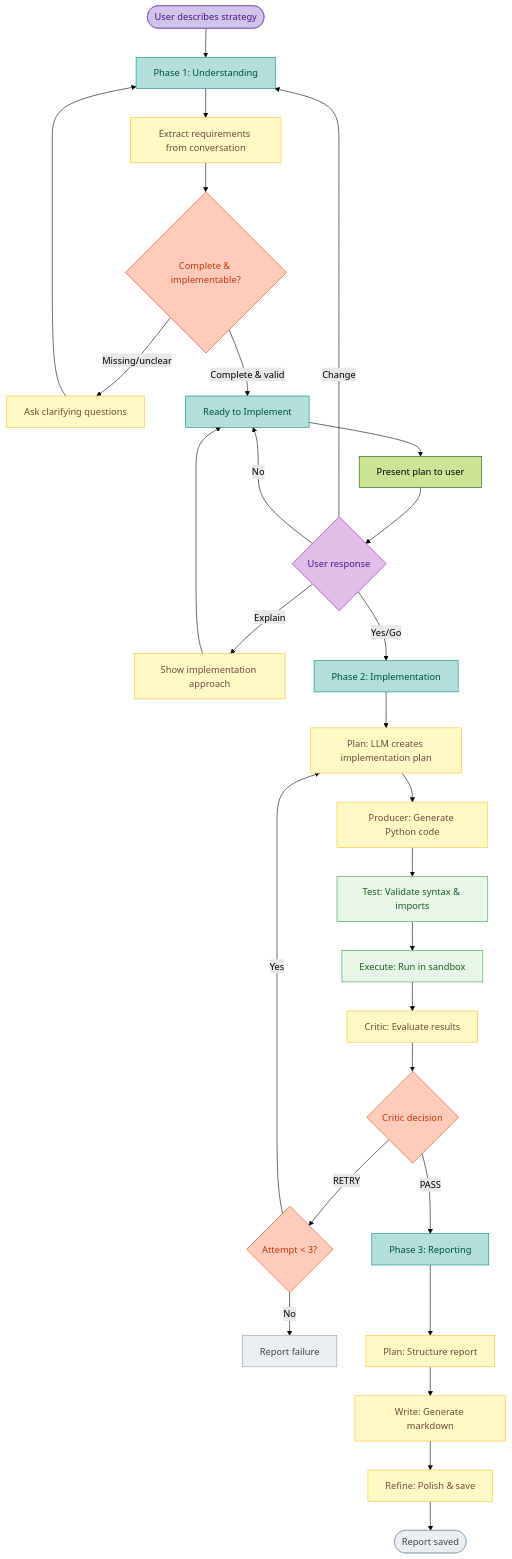
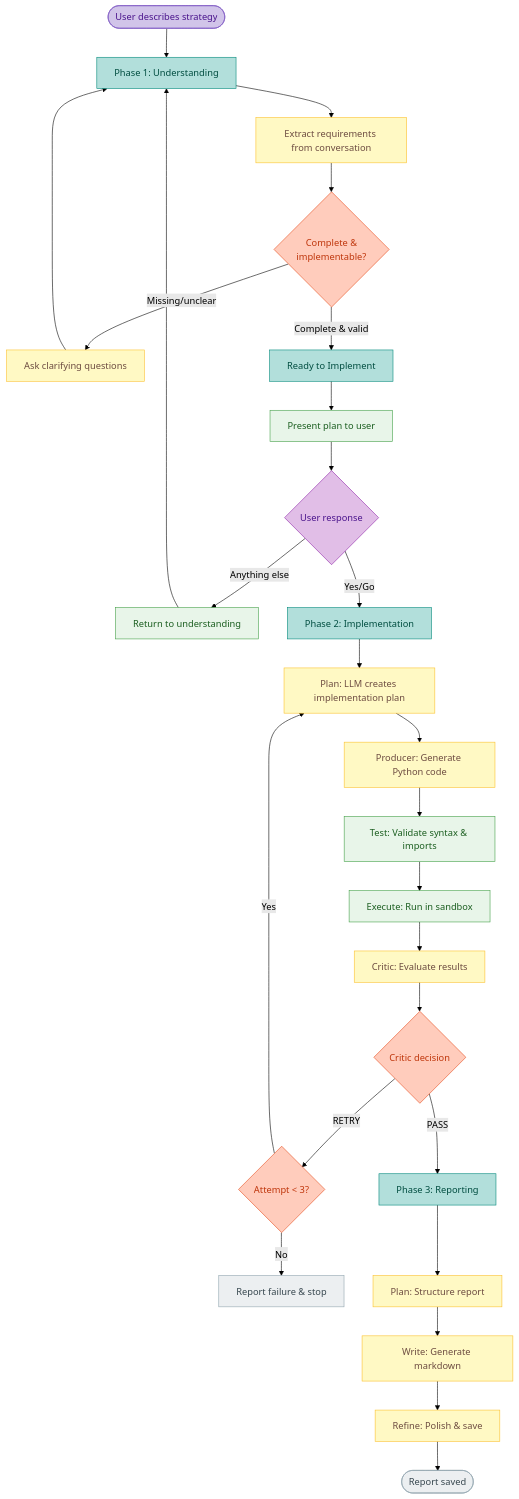
One commit to artvandelay/agentic-backtesting changed the diagram in README.md. Above: the diagram before and after it, drawn with Mermaid (forest theme). The commit also changed other lines of this file and 3 other files, not shown here.

````diff
--- a/README.md
+++ b/README.md
@@ -78,53 +86,53 @@
 ```mermaid
 graph TD
     Start([User describes strategy]) --> P1[Phase 1: Understanding]
-
     P1 --> Extract[Extract requirements from conversation]
-    Extract --> Check{Complete & implementable?}
+    Extract --> Check{Complete &<br/>implementable?}
+    
     Check -->|Missing/unclear| Ask[Ask clarifying questions]
     Ask --> P1
+    
     Check -->|Complete & valid| Ready[Ready to Implement]
-
     Ready --> Present[Present plan to user]
     Present --> Response{User response}
-    Response -->|Change| P1
-    Response -->|Explain| ShowPlan[Show implementation approach]
-    ShowPlan --> Ready
-    Response -->|No| Ready
+    
+    Response -->|Anything else| BackToP1[Return to understanding]
+    BackToP1 --> P1
     Response -->|Yes/Go| P2[Phase 2: Implementation]
-
+    
     P2 --> Plan[Plan: LLM creates implementation plan]
     Plan --> Code[Producer: Generate Python code]
     Code --> Test[Test: Validate syntax & imports]
     Test --> Execute[Execute: Run in sandbox]
     Execute --> Critic[Critic: Evaluate results]
-
     Critic --> Decision{Critic decision}
+    
     Decision -->|PASS| P3[Phase 3: Reporting]
     Decision -->|RETRY| Count{Attempt < 3?}
     Count -->|Yes| Plan
-    Count -->|No| Fail[Report failure]
-
+    Count -->|No| Fail[Report failure & stop]
+    
     P3 --> ReportPlan[Plan: Structure report]
     ReportPlan --> Write[Write: Generate markdown]
     Write --> Refine[Refine: Polish & save]
     Refine --> Done([Report saved])
 
     %% Role-based styling
     classDef user fill:#d1c4e9,stroke:#7e57c2,color:#4a148c;
     classDef llm fill:#fff9c4,stroke:#fbc02d,color:#6d4c41;
     classDef system fill:#e8f5e9,stroke:#43a047,color:#1b5e20;
     classDef decision fill:#ffccbc,stroke:#e64a19,color:#bf360c;
     classDef userInput fill:#e1bee7,stroke:#8e24aa,color:#4a148c;
     classDef state fill:#b2dfdb,stroke:#00897b,color:#004d40;
     classDef output fill:#eceff1,stroke:#90a4ae,color:#37474f;
 
     %% Assign roles
     class Start user;
     class P1,P2,P3,Ready state;
-    class Extract,Ask,ShowPlan,Plan,Code,Critic,ReportPlan,Write,Refine llm;
-    class Test,Execute system;
+    class Extract,Ask,Plan,Code,Critic,ReportPlan,Write,Refine llm;
+    class Test,Execute,Present system;
     class Check,Decision,Count decision;
     class Response userInput;
     class Done,Fail output;
+    class BackToP1 system;
 ```
````
